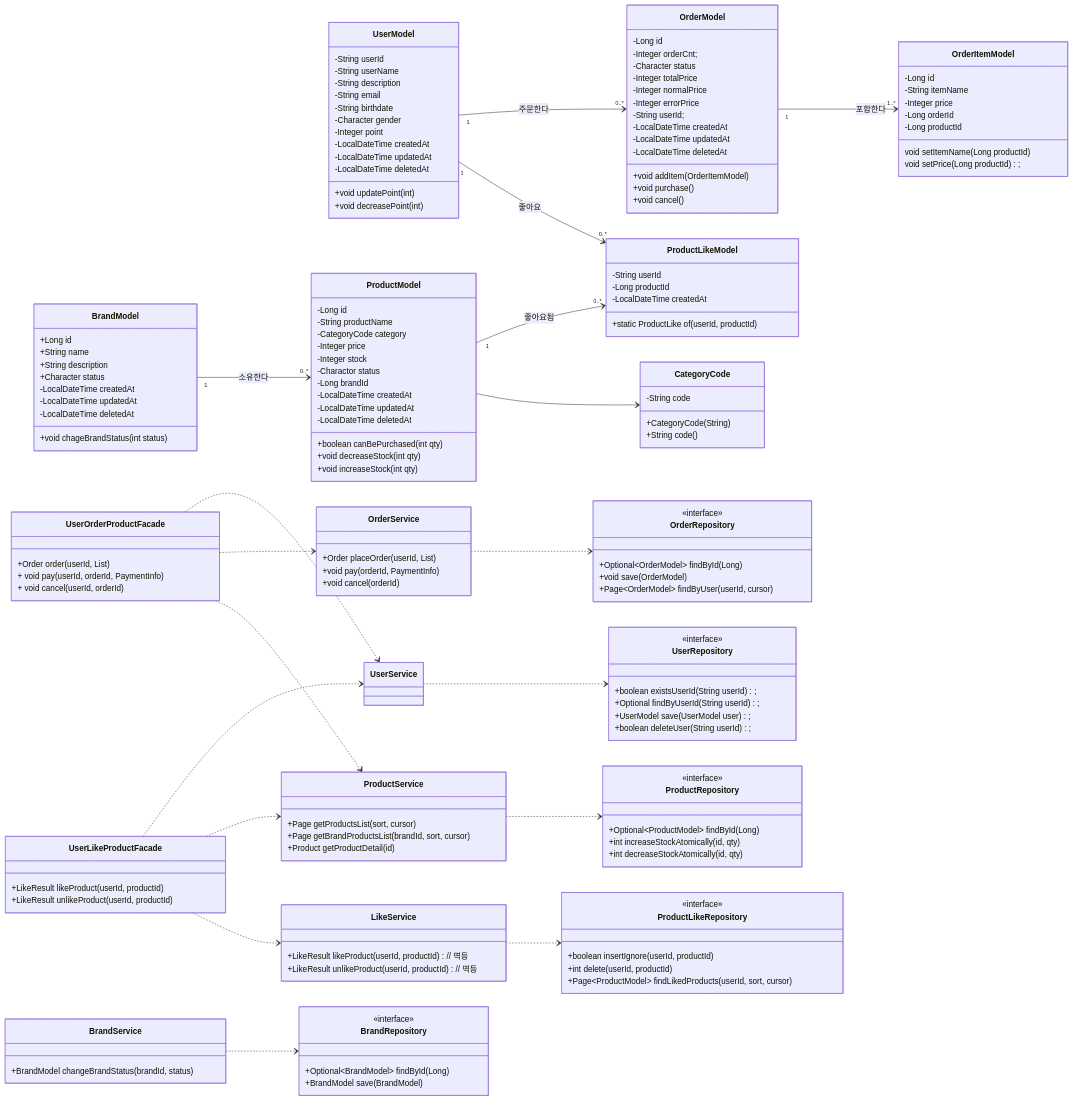
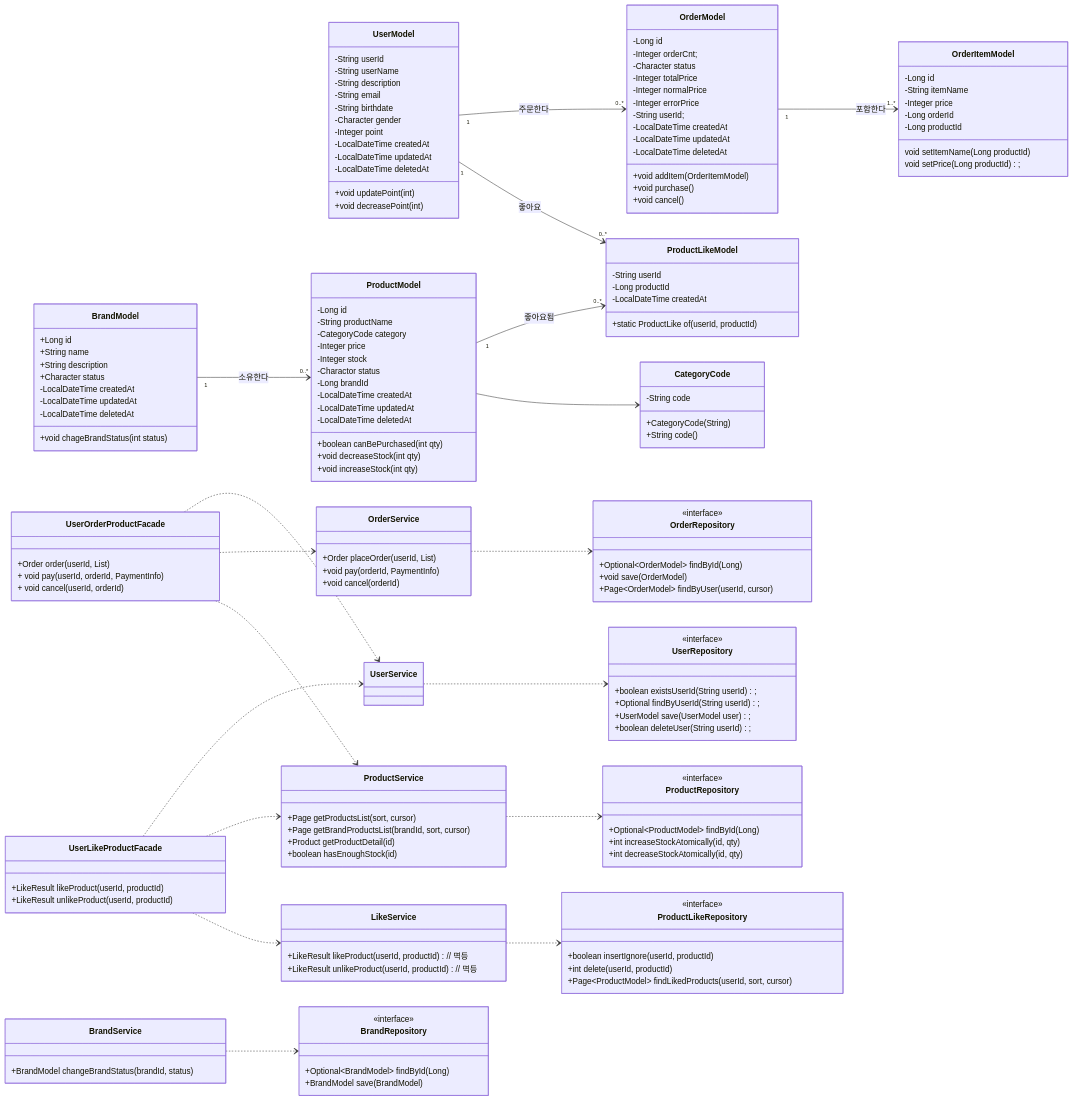
One commit to Loopers-dev-lab/loopers-spring-java-template changed the first of 2 diagrams in docs/week2/03-class-diagram.md. Above: the diagram before and after it, drawn with Mermaid. The commit also changed 1 other file, not shown here.

Commit message:
docs : 시퀀스 다이어그램 - 상품 좋아요 등록/취소

```diff
--- a/docs/week2/03-class-diagram.md
+++ b/docs/week2/03-class-diagram.md
@@ -102,6 +102,7 @@
   +Page<Product> getProductsList(sort, cursor)
   +Page<Product> getBrandProductsList(brandId, sort, cursor)
   +Product getProductDetail(id)
+  +boolean hasEnoughStock(id)
 }
 
 class LikeService {
```
